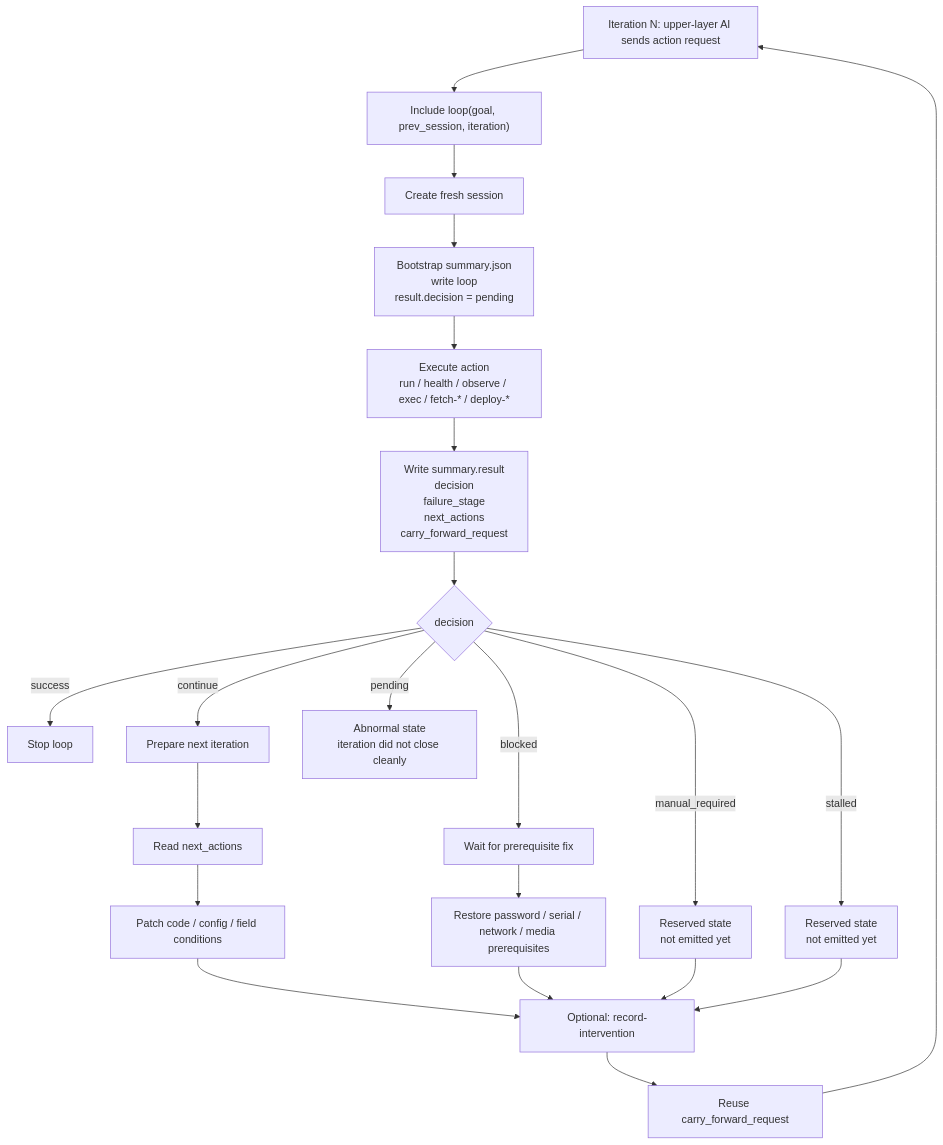
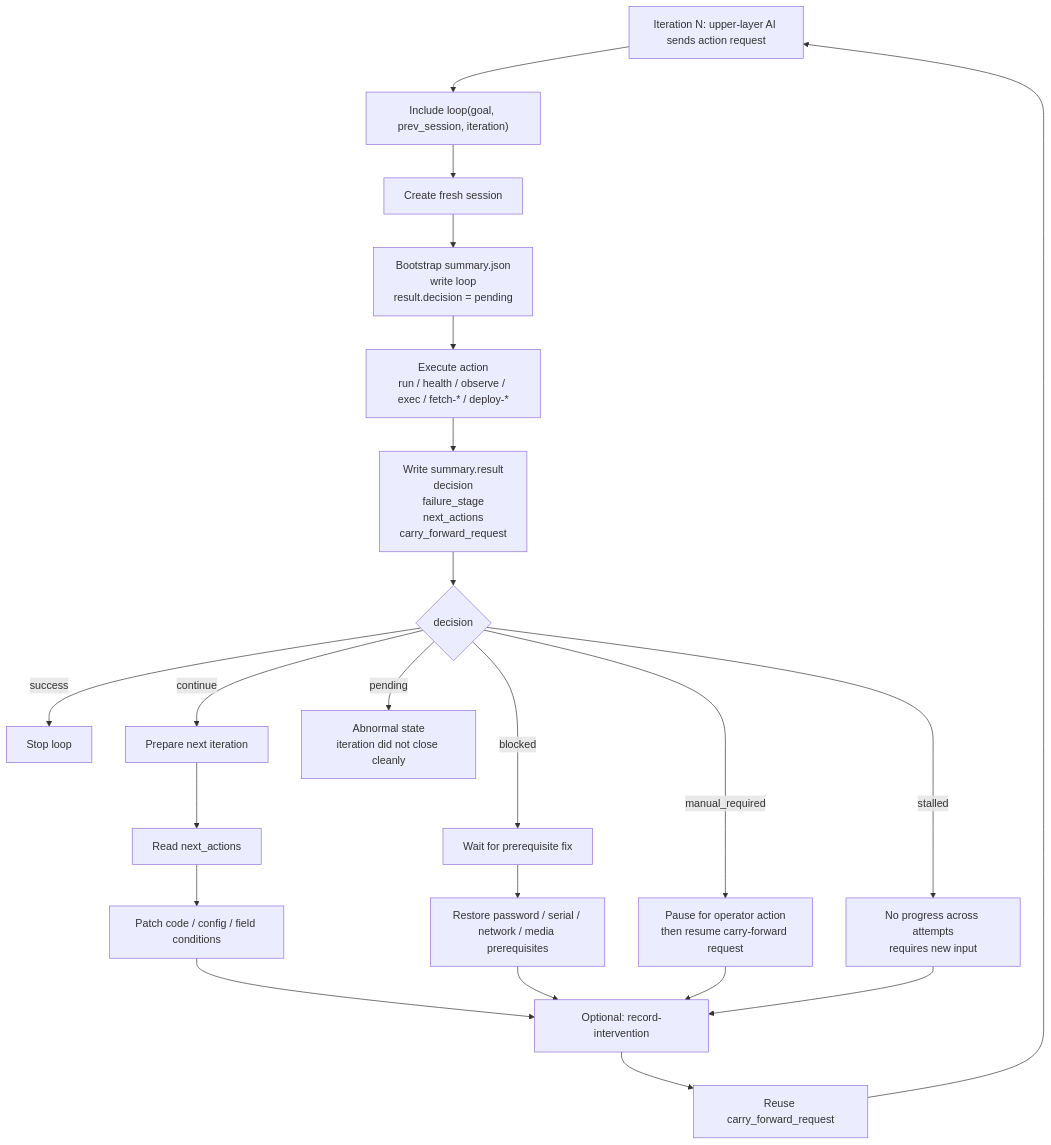
The second of 2 diagrams in docs/mvp-workflow.md (xuchongzhou5290-sketch/auto-debug), drawn with Mermaid before and after one commit. The commit also changed other lines of this file and 23 other files, not shown here.

````diff
--- a/docs/mvp-workflow.md
+++ b/docs/mvp-workflow.md
@@ -34,28 +34,28 @@
 ```mermaid
 flowchart TD
     A["Iteration N: upper-layer AI sends action request"] --> B["Include loop(goal, prev_session, iteration)"]
     B --> C["Create fresh session"]
     C --> D["Bootstrap summary.json\nwrite loop\nresult.decision = pending"]
     D --> E["Execute action\nrun / health / observe / exec / fetch-* / deploy-*"]
     E --> F["Write summary.result\n decision\n failure_stage\n next_actions\n carry_forward_request"]
 
     F --> G{"decision"}
     G -->|success| H["Stop loop"]
     G -->|continue| I["Prepare next iteration"]
     G -->|blocked| J["Wait for prerequisite fix"]
-    G -->|manual_required| K["Reserved state\nnot emitted yet"]
-    G -->|stalled| L["Reserved state\nnot emitted yet"]
+    G -->|manual_required| K["Pause for operator action\nthen resume carry-forward request"]
+    G -->|stalled| L["No progress across attempts\nrequires new input"]
     G -->|pending| M["Abnormal state\niteration did not close cleanly"]
 
     I --> N["Read next_actions"]
     N --> O["Patch code / config / field conditions"]
     O --> P["Optional: record-intervention"]
     P --> Q["Reuse carry_forward_request"]
     Q --> A
 
     J --> R["Restore password / serial / network / media prerequisites"]
     R --> P
 
     K --> P
     L --> P
 ```
````
